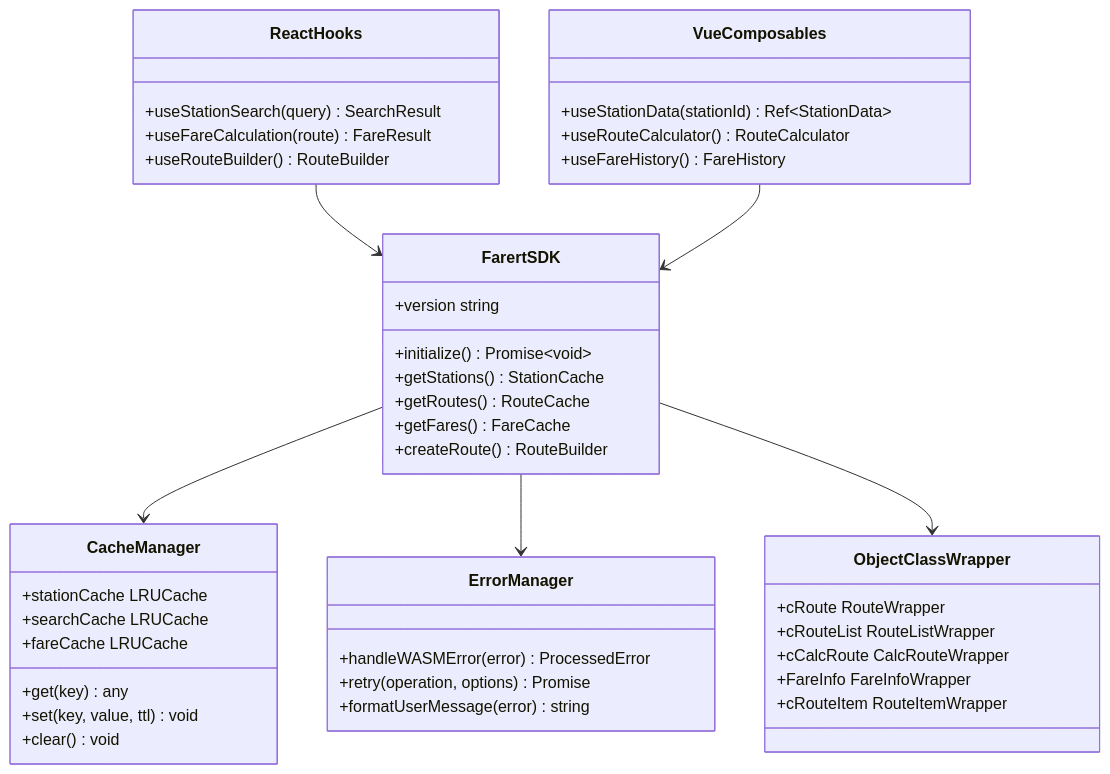
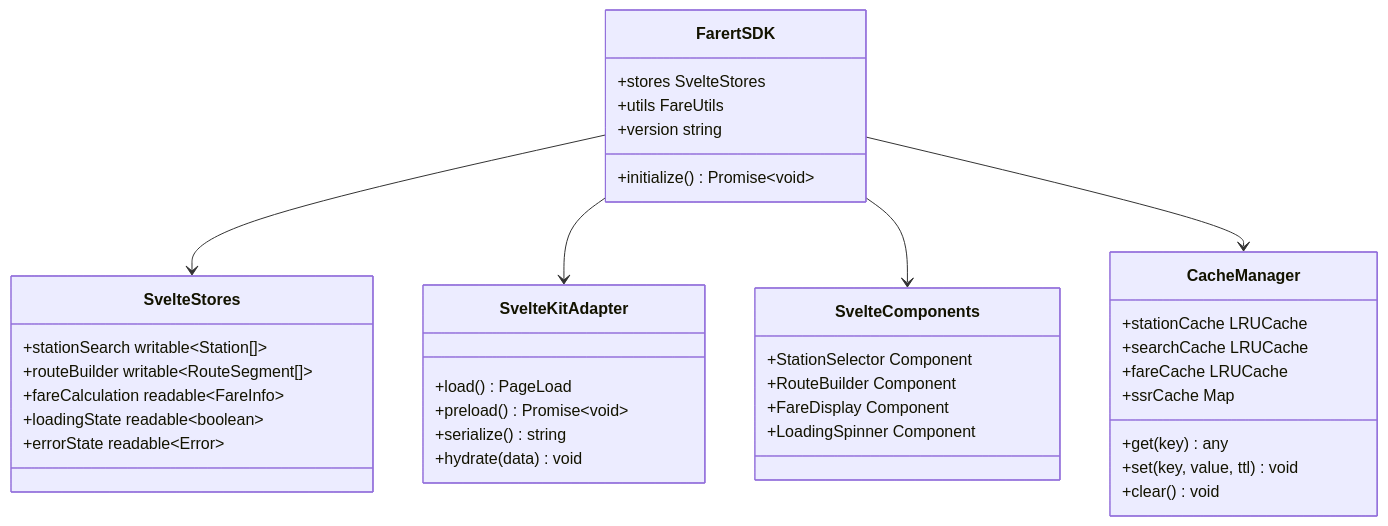
One commit to farert/farert-wasm changed the second of 2 diagrams in .claude/specs/frontend-api-layer/design.md. Above: the diagram before and after it, drawn with Mermaid. The commit also changed other lines of this file and 4 other files, not shown here.

Commit message:
Change Target front-end to Svelte from react.

````diff
--- a/.claude/specs/frontend-api-layer/design.md
+++ b/.claude/specs/frontend-api-layer/design.md
@@ -79,52 +81,46 @@
 ```mermaid
 classDiagram
     class FarertSDK {
         +initialize() Promise~void~
-        +getStations() StationCache
-        +getRoutes() RouteCache
-        +getFares() FareCache
-        +createRoute() RouteBuilder
+        +stores SvelteStores
+        +utils FareUtils
         +version string
+    }
+    
+    class SvelteStores {
+        +stationSearch writable~Station[]~
+        +routeBuilder writable~RouteSegment[]~
+        +fareCalculation readable~FareInfo~
+        +loadingState readable~boolean~
+        +errorState readable~Error~
+    }
+    
+    class SvelteKitAdapter {
+        +load() PageLoad
+        +preload() Promise~void~
+        +serialize() string
+        +hydrate(data) void
+    }
+    
+    class SvelteComponents {
+        +StationSelector Component
+        +RouteBuilder Component
+        +FareDisplay Component
+        +LoadingSpinner Component
     }
     
     class CacheManager {
         +stationCache LRUCache
         +searchCache LRUCache
         +fareCache LRUCache
+        +ssrCache Map
         +get(key) any
         +set(key, value, ttl) void
         +clear() void
     }
     
-    class ErrorManager {
-        +handleWASMError(error) ProcessedError
-        +retry(operation, options) Promise
-        +formatUserMessage(error) string
-    }
-    
-    class ObjectClassWrapper {
-        +cRoute RouteWrapper
-        +cRouteList RouteListWrapper
-        +cCalcRoute CalcRouteWrapper
-        +FareInfo FareInfoWrapper
-        +cRouteItem RouteItemWrapper
-    }
-    
-    class ReactHooks {
-        +useStationSearch(query) SearchResult
-        +useFareCalculation(route) FareResult
-        +useRouteBuilder() RouteBuilder
-    }
-    
-    class VueComposables {
-        +useStationData(stationId) Ref~StationData~
-        +useRouteCalculator() RouteCalculator
-        +useFareHistory() FareHistory
-    }
-    
+    FarertSDK --> SvelteStores
+    FarertSDK --> SvelteKitAdapter
+    FarertSDK --> SvelteComponents
     FarertSDK --> CacheManager
-    FarertSDK --> ErrorManager
-    FarertSDK --> ObjectClassWrapper
-    ReactHooks --> FarertSDK
-    VueComposables --> FarertSDK
 ```
````
